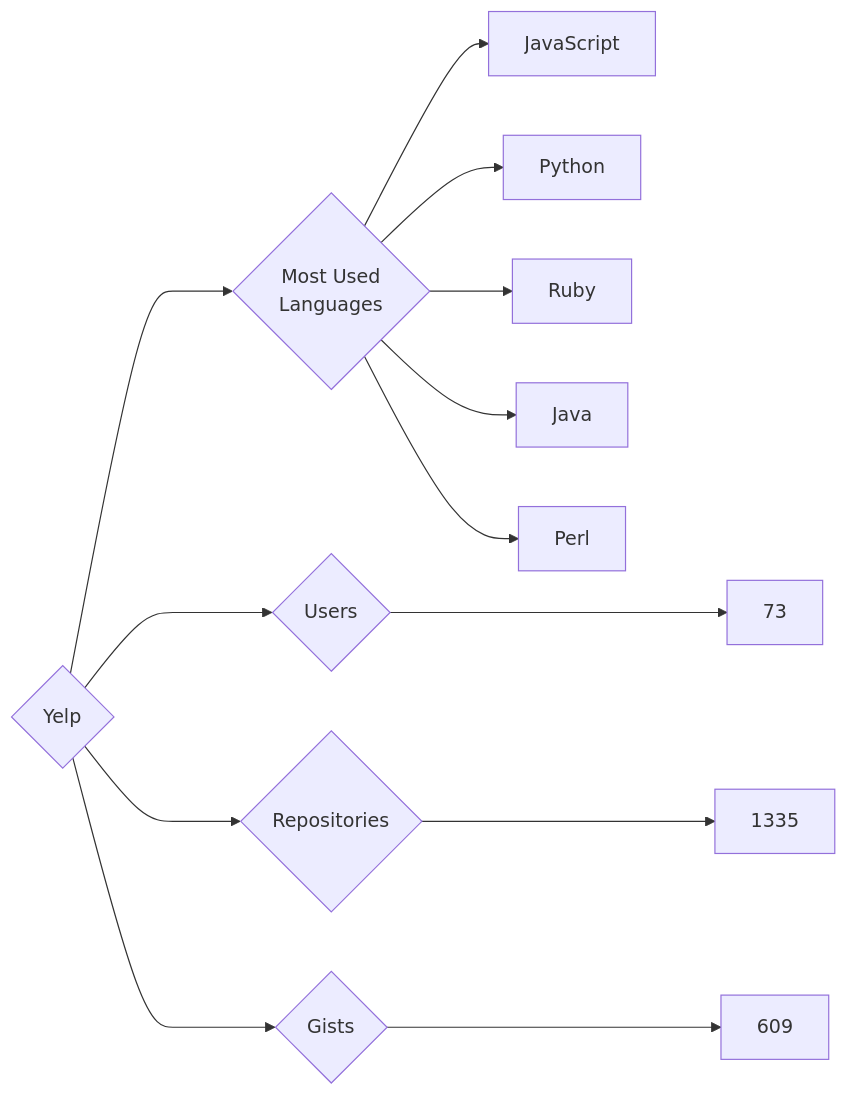
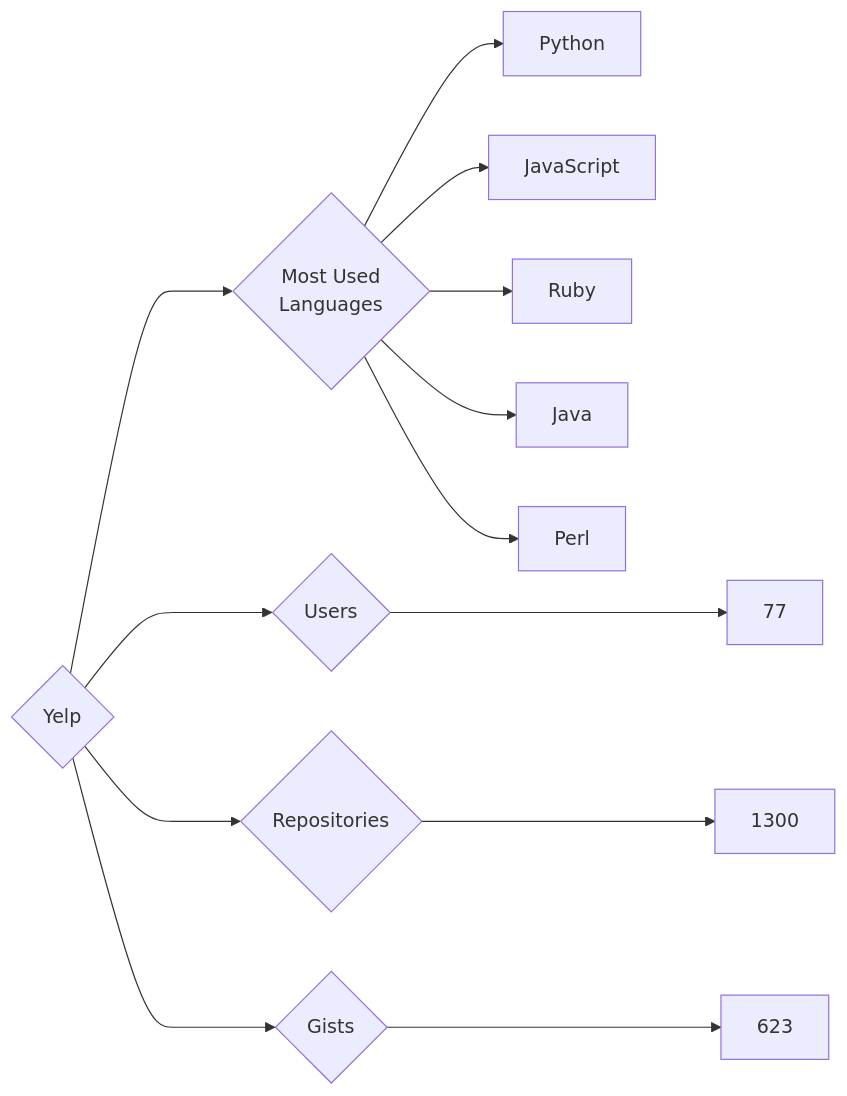
The diagram in targets/Yelp/README.md (trickest/insiders), drawn with Mermaid before and after one commit. The commit also changed 912 other files, not shown here.

````diff
--- a/targets/Yelp/README.md
+++ b/targets/Yelp/README.md
@@ -3,13 +3,13 @@
 ```mermaid
 graph LR
 COMPANY_NAME{Yelp}
-COMPANY_NAME ---> U{Users} ---> UN[73]
-COMPANY_NAME ---> R{Repositories} ---> RN[1335]
-COMPANY_NAME ---> G{Gists} ---> GN[609]
+COMPANY_NAME ---> U{Users} ---> UN[77]
+COMPANY_NAME ---> R{Repositories} ---> RN[1300]
+COMPANY_NAME ---> G{Gists} ---> GN[623]
 COMPANY_NAME ---> ML{Most Used<br>Languages}
+ML --> Python[Python]
 ML --> JavaScript[JavaScript]
-ML --> Python[Python]
 ML --> Ruby[Ruby]
 ML --> Java[Java]
 ML --> Perl[Perl]
 ```
````
